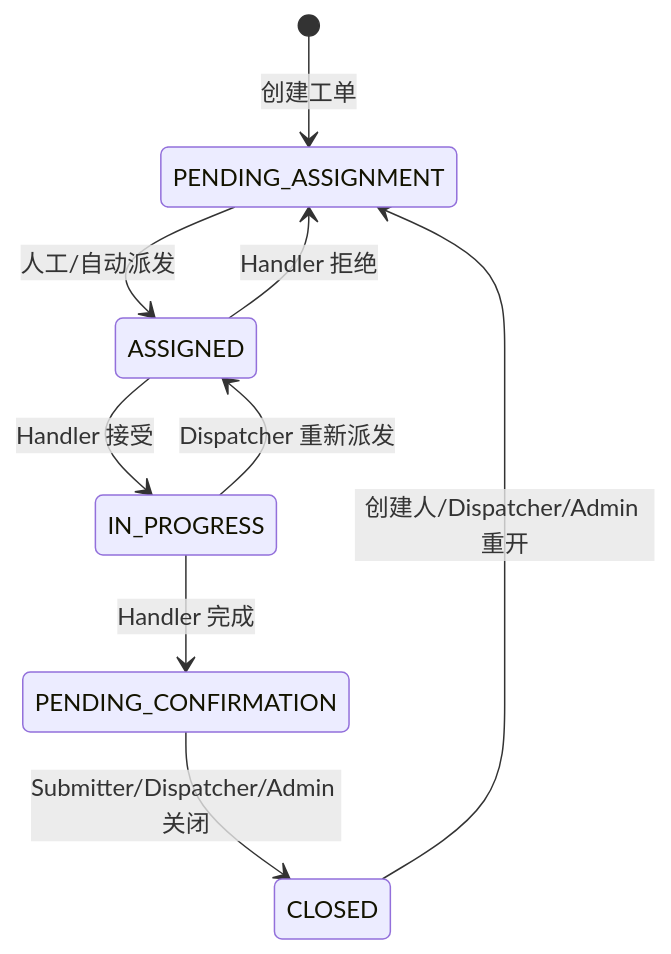
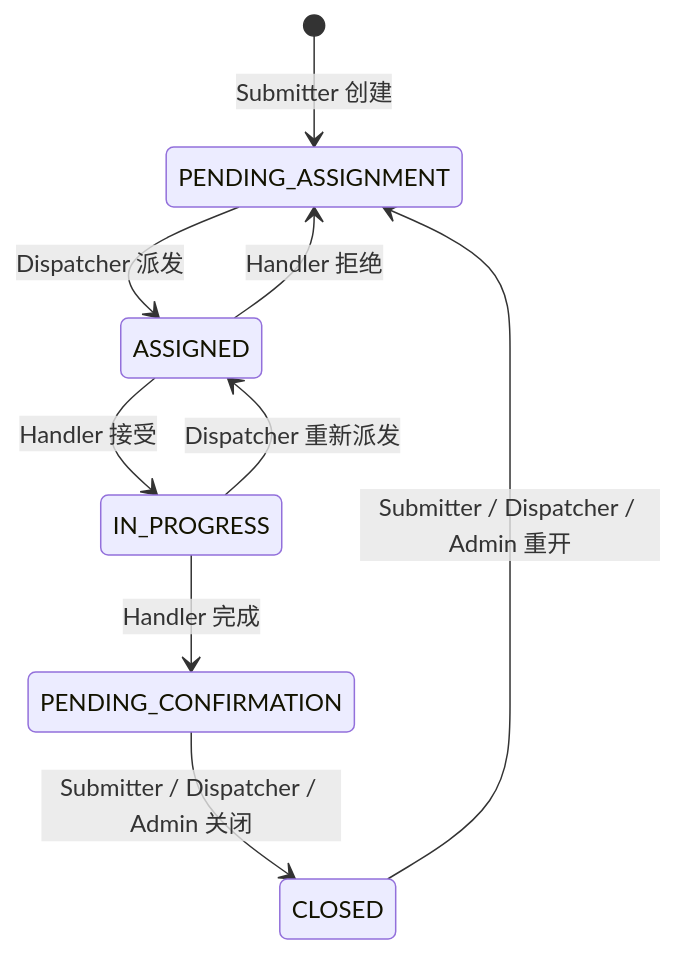
The first of 2 diagrams in README.md (Flora-HK/ticket-dispatch), drawn with Mermaid before and after one commit. The commit also changed other lines of this file and 19 other files, not shown here.

````diff
--- a/README.md
+++ b/README.md
@@ -36,11 +58,11 @@
 ```mermaid
 stateDiagram-v2
-    [*] --> PENDING_ASSIGNMENT: 创建工单
-    PENDING_ASSIGNMENT --> ASSIGNED: 人工/自动派发
+    [*] --> PENDING_ASSIGNMENT: Submitter 创建
+    PENDING_ASSIGNMENT --> ASSIGNED: Dispatcher 派发
     ASSIGNED --> IN_PROGRESS: Handler 接受
     ASSIGNED --> PENDING_ASSIGNMENT: Handler 拒绝
     IN_PROGRESS --> PENDING_CONFIRMATION: Handler 完成
     IN_PROGRESS --> ASSIGNED: Dispatcher 重新派发
-    PENDING_CONFIRMATION --> CLOSED: Submitter/Dispatcher/Admin 关闭
-    CLOSED --> PENDING_ASSIGNMENT: 创建人/Dispatcher/Admin 重开
+    PENDING_CONFIRMATION --> CLOSED: Submitter / Dispatcher / Admin 关闭
+    CLOSED --> PENDING_ASSIGNMENT: Submitter / Dispatcher / Admin 重开
 ```
````
